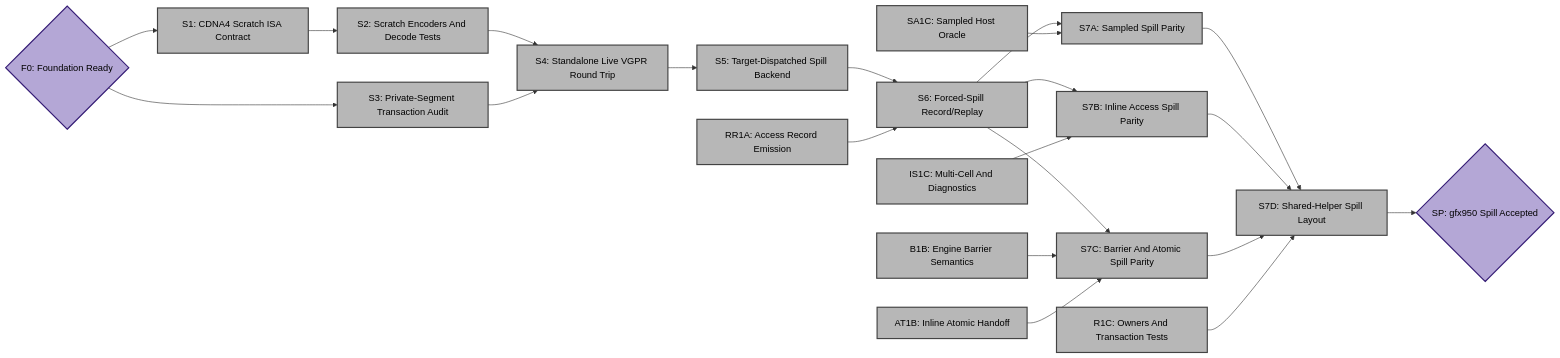
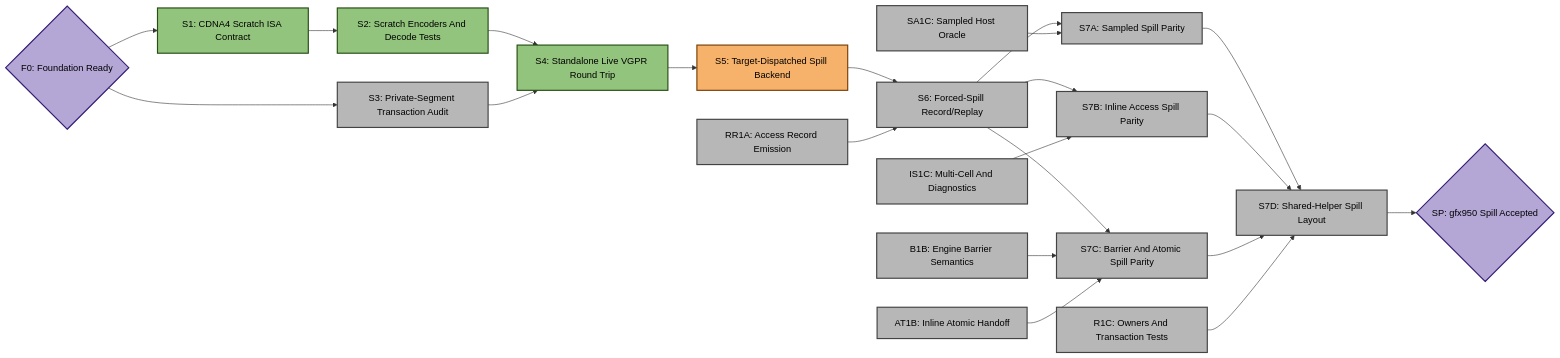
The second of 4 diagrams in emulation/rocjitsu/docs/consan/PLAN_GFX950.md (ROCm/rocm-systems), drawn with Mermaid before and after one commit. The commit also changed other lines of this file and 3 other files, not shown here.

````diff
--- a/emulation/rocjitsu/docs/consan/PLAN_GFX950.md
+++ b/emulation/rocjitsu/docs/consan/PLAN_GFX950.md
@@ -133,45 +139,47 @@
 ```mermaid
 flowchart LR
   F0{"F0: Foundation Ready"}:::target
-  S1["S1: CDNA4 Scratch ISA Contract"]:::todo
-  S2["S2: Scratch Encoders And Decode Tests"]:::todo
+  S1["S1: CDNA4 Scratch ISA Contract"]:::done
+  S2["S2: Scratch Encoders And Decode Tests"]:::done
   S3["S3: Private-Segment Transaction Audit"]:::todo
-  S4["S4: Standalone Live VGPR Round Trip"]:::todo
-  S5["S5: Target-Dispatched Spill Backend"]:::todo
+  S4["S4: Standalone Live VGPR Round Trip"]:::done
+  S5["S5: Target-Dispatched Spill Backend"]:::active
   RR1A["RR1A: Access Record Emission"]:::todo
   S6["S6: Forced-Spill Record/Replay"]:::todo
   SA1C["SA1C: Sampled Host Oracle"]:::todo
   IS1C["IS1C: Multi-Cell And Diagnostics"]:::todo
   B1B["B1B: Engine Barrier Semantics"]:::todo
   AT1B["AT1B: Inline Atomic Handoff"]:::todo
   R1C["R1C: Owners And Transaction Tests"]:::todo
   S7A["S7A: Sampled Spill Parity"]:::todo
   S7B["S7B: Inline Access Spill Parity"]:::todo
   S7C["S7C: Barrier And Atomic Spill Parity"]:::todo
   S7D["S7D: Shared-Helper Spill Layout"]:::todo
   SP{"SP: gfx950 Spill Accepted"}:::target
 
   F0 --> S1
   F0 --> S3
   S1 --> S2
   S2 --> S4
   S3 --> S4
   S4 --> S5
   S5 --> S6
   RR1A --> S6
   S6 --> S7A
   SA1C --> S7A
   S6 --> S7B
   IS1C --> S7B
   S6 --> S7C
   B1B --> S7C
   AT1B --> S7C
   S7A --> S7D
   S7B --> S7D
   S7C --> S7D
   R1C --> S7D
   S7D --> SP
 
+  classDef done fill:#93c47d,stroke:#274e13,stroke-width:2px,color:#000;
+  classDef active fill:#f6b26b,stroke:#783f04,stroke-width:2px,color:#000;
   classDef todo fill:#b7b7b7,stroke:#434343,stroke-width:2px,color:#000;
   classDef target fill:#b4a7d6,stroke:#351c75,stroke-width:2px,color:#000;
 ```
````
